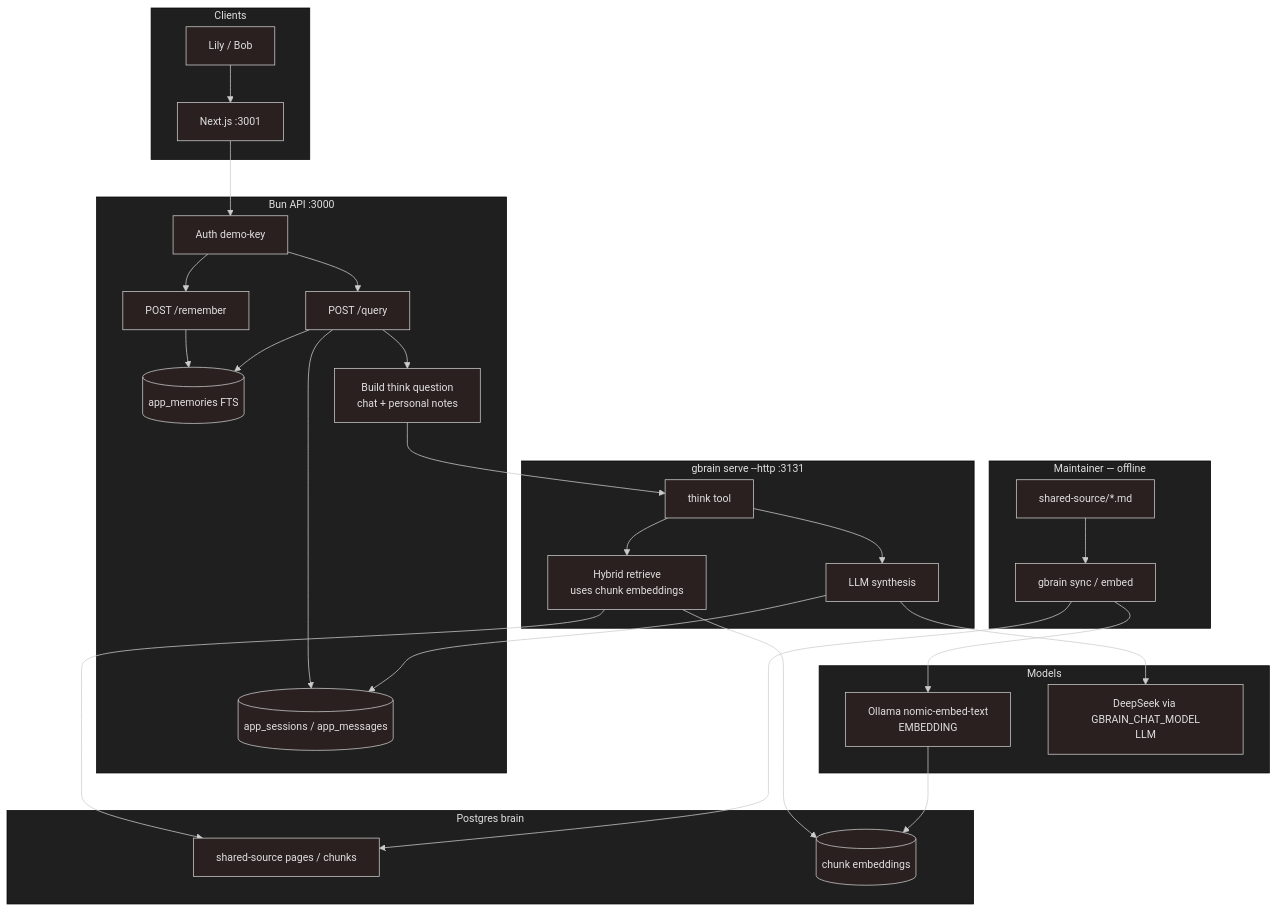
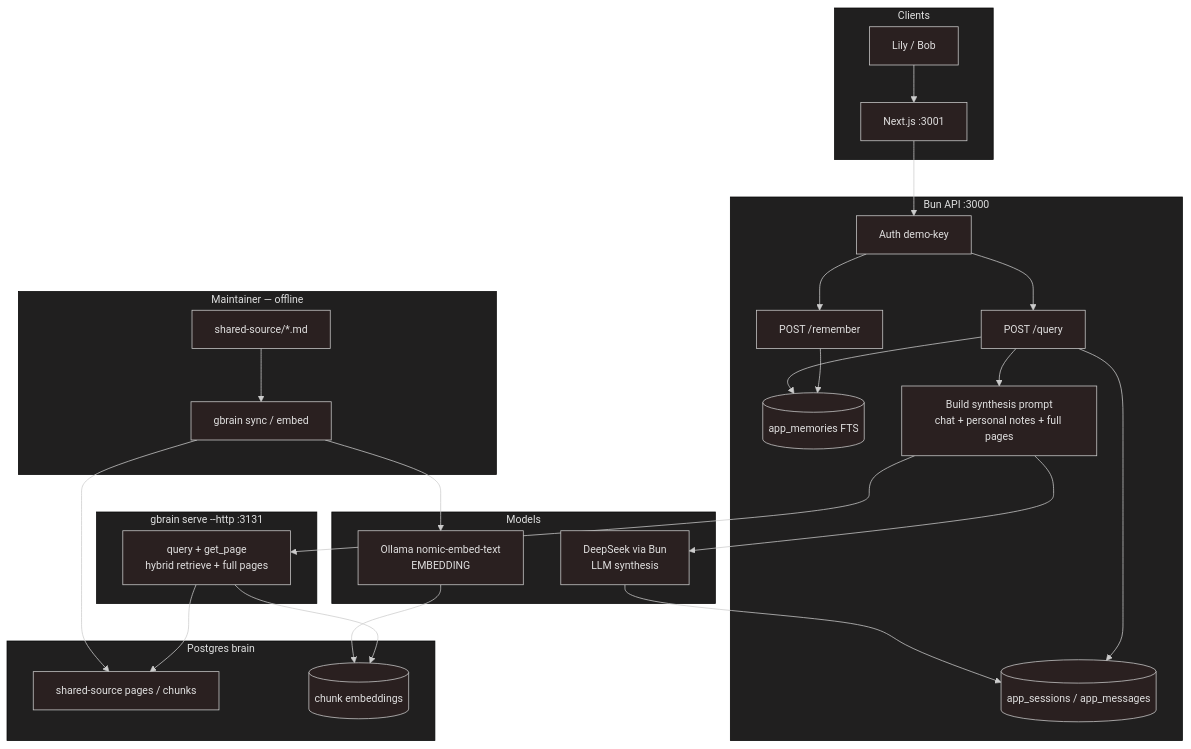
The diagram in README.md (kyung-lee-official/gbrain-sandbox), drawn with Mermaid before and after one commit. The commit also changed other lines of this file and 10 other files, not shown here.

Commit message:
feat: implement think-mode synthesis using query and get_page for full shared pages refactor: update environment variables and README for new synthesis model docs: enhance API documentation for updated gbrain interactions and retrieval methods

````diff
--- a/README.md
+++ b/README.md
@@ -31,62 +31,57 @@
 ```mermaid
 %%{init: {'theme': 'neo-dark'}}%%
 flowchart TB
   subgraph clients [Clients]
     Web[Next.js :3001]
     Lily[Lily / Bob]
   end
 
   subgraph bun [Bun API :3000]
     Auth[Auth demo-key]
     Remember["POST /remember"]
     Query["POST /query"]
     Mem[(app_memories FTS)]
     Chat[(app_sessions / app_messages)]
-    Build[Build think question<br/>chat + personal notes]
+    Build[Build synthesis prompt<br/>chat + personal notes + full pages]
   end
 
   subgraph maintainer [Maintainer — offline]
     MD[shared-source/*.md]
     Sync["gbrain sync / embed"]
   end
 
   subgraph gbrain [gbrain serve --http :3131]
-    Think[think tool]
-    Retrieve[Hybrid retrieve<br/>uses chunk embeddings]
-    Synth[LLM synthesis]
+    Retrieve[query + get_page<br/>hybrid retrieve + full pages]
   end
 
   subgraph models [Models]
     Ollama["Ollama nomic-embed-text<br/>EMBEDDING"]
-    DeepSeek["DeepSeek via GBRAIN_CHAT_MODEL<br/>LLM"]
+    DeepSeek["DeepSeek via Bun<br/>LLM synthesis"]
   end
 
   subgraph store [Postgres brain]
     Pages[shared-source pages / chunks]
     Embs[(chunk embeddings)]
   end
 
   Lily --> Web
   Web --> Auth
   Auth --> Remember
   Auth --> Query
 
   Remember --> Mem
 
   Query --> Chat
   Query --> Mem
   Query --> Build
-  Build --> Think
-
-  Think --> Retrieve
+  Build --> Retrieve
   Retrieve --> Pages
   Retrieve --> Embs
-  Think --> Synth
-  Synth --> DeepSeek
-  Synth --> Chat
+  Build --> DeepSeek
+  DeepSeek --> Chat
 
   MD --> Sync
   Sync --> Pages
   Sync --> Ollama
   Ollama --> Embs
 ```
````
